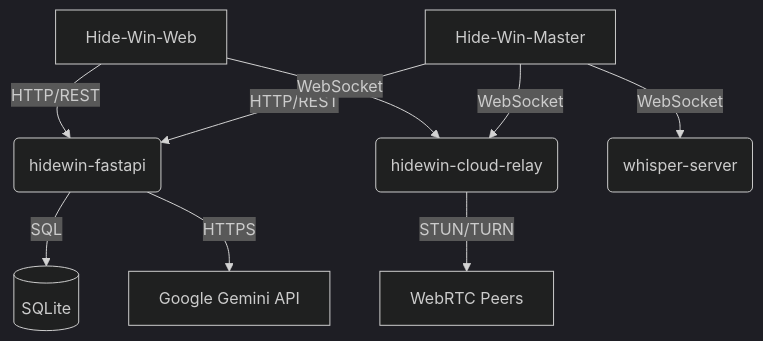
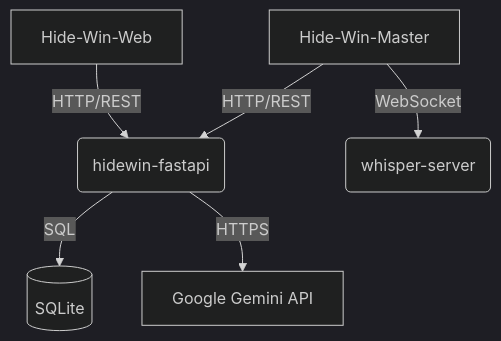
The diagram in docs/CURRENT_DEPENDENCY_GRAPH.md (adithya1/HideWIN), drawn with Mermaid (dark theme) before and after one commit. The commit also changed 442 other files, not shown here.

````diff
--- a/docs/CURRENT_DEPENDENCY_GRAPH.md
+++ b/docs/CURRENT_DEPENDENCY_GRAPH.md
@@ -3,14 +3,9 @@
 ```mermaid
 graph TD
     A[Hide-Win-Master] -->|HTTP/REST| B(hidewin-fastapi)
-    A -->|WebSocket| C(hidewin-cloud-relay)
     A -->|WebSocket| D(whisper-server)
     
     E[Hide-Win-Web] -->|HTTP/REST| B
-    E -->|WebSocket| C
-    
     B -->|SQL| F[(SQLite)]
     B -->|HTTPS| G[Google Gemini API]
-    
-    C -->|STUN/TURN| H[WebRTC Peers]
 ```
````
